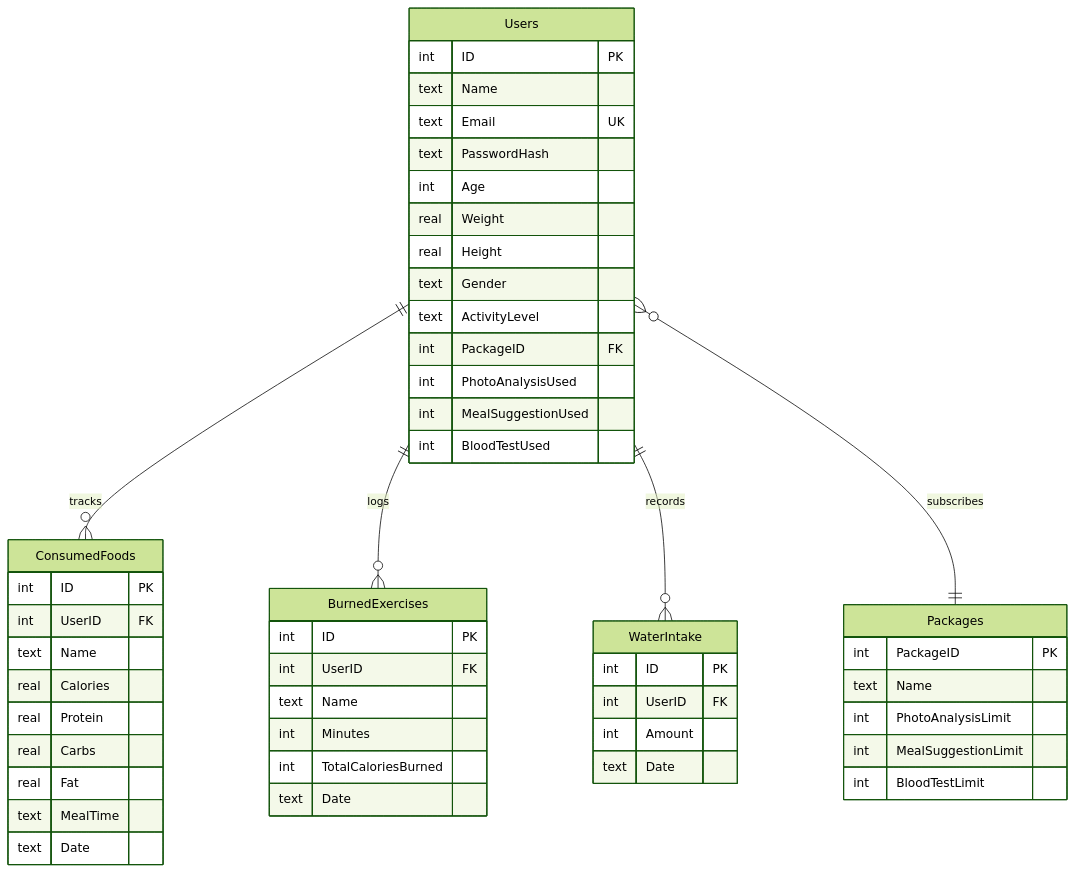
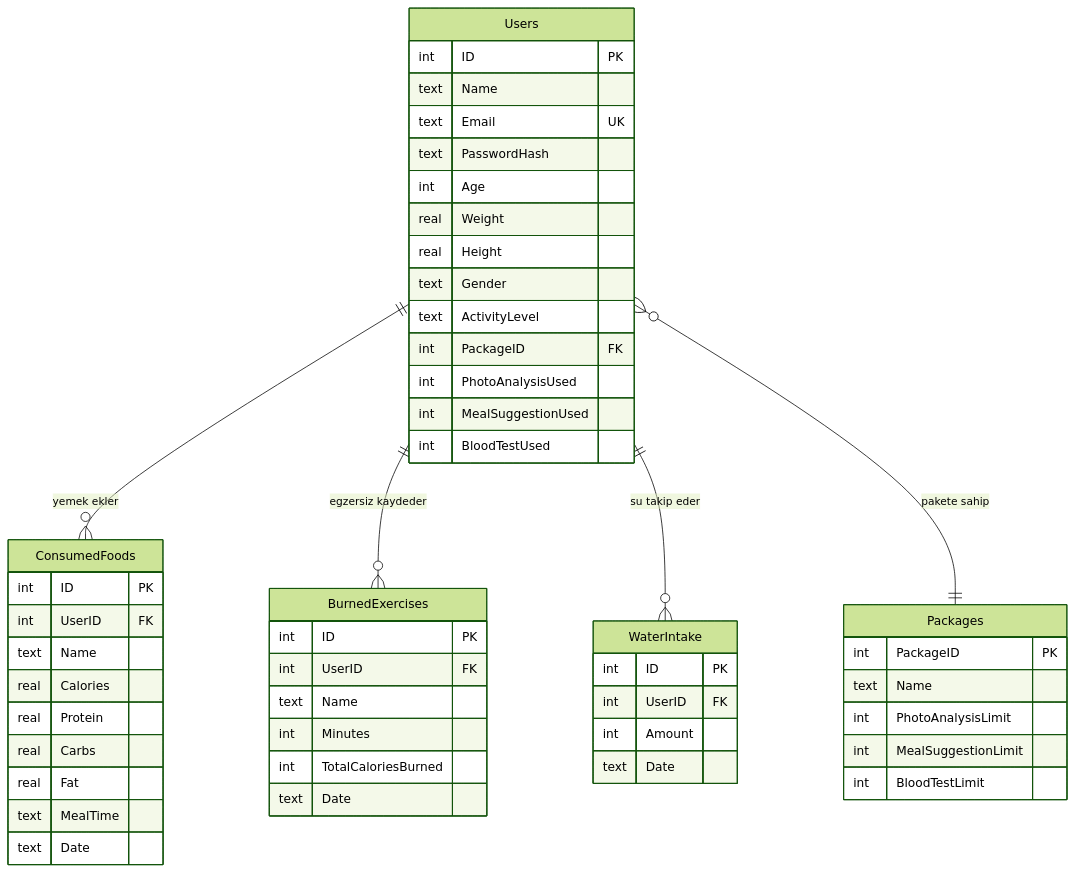
The diagram in README.md (ziyaguner/DiyetGPT), drawn with Mermaid (forest theme) before and after one commit. The commit also changed other lines of this file, not shown here.

````diff
--- a/README.md
+++ b/README.md
@@ -199,59 +326,59 @@
 ```mermaid
 erDiagram
-    Users ||--o{ ConsumedFoods : "tracks"
-    Users ||--o{ BurnedExercises : "logs"
-    Users ||--o{ WaterIntake : "records"
-    Users }o--|| Packages : "subscribes"
+    Users ||--o{ ConsumedFoods : "yemek ekler"
+    Users ||--o{ BurnedExercises : "egzersiz kaydeder"
+    Users ||--o{ WaterIntake : "su takip eder"
+    Users }o--|| Packages : "pakete sahip"
 
     Users {
         int ID PK
         text Name
         text Email UK
         text PasswordHash
         int Age
         real Weight
         real Height
         text Gender
         text ActivityLevel
         int PackageID FK
         int PhotoAnalysisUsed
         int MealSuggestionUsed
         int BloodTestUsed
     }
 
     Packages {
         int PackageID PK
         text Name
         int PhotoAnalysisLimit
         int MealSuggestionLimit
         int BloodTestLimit
     }
 
     ConsumedFoods {
         int ID PK
         int UserID FK
         text Name
         real Calories
         real Protein
         real Carbs
         real Fat
         text MealTime
         text Date
     }
 
     BurnedExercises {
         int ID PK
         int UserID FK
         text Name
         int Minutes
         int TotalCaloriesBurned
         text Date
     }
 
     WaterIntake {
         int ID PK
         int UserID FK
         int Amount
         text Date
     }
 ```
````
